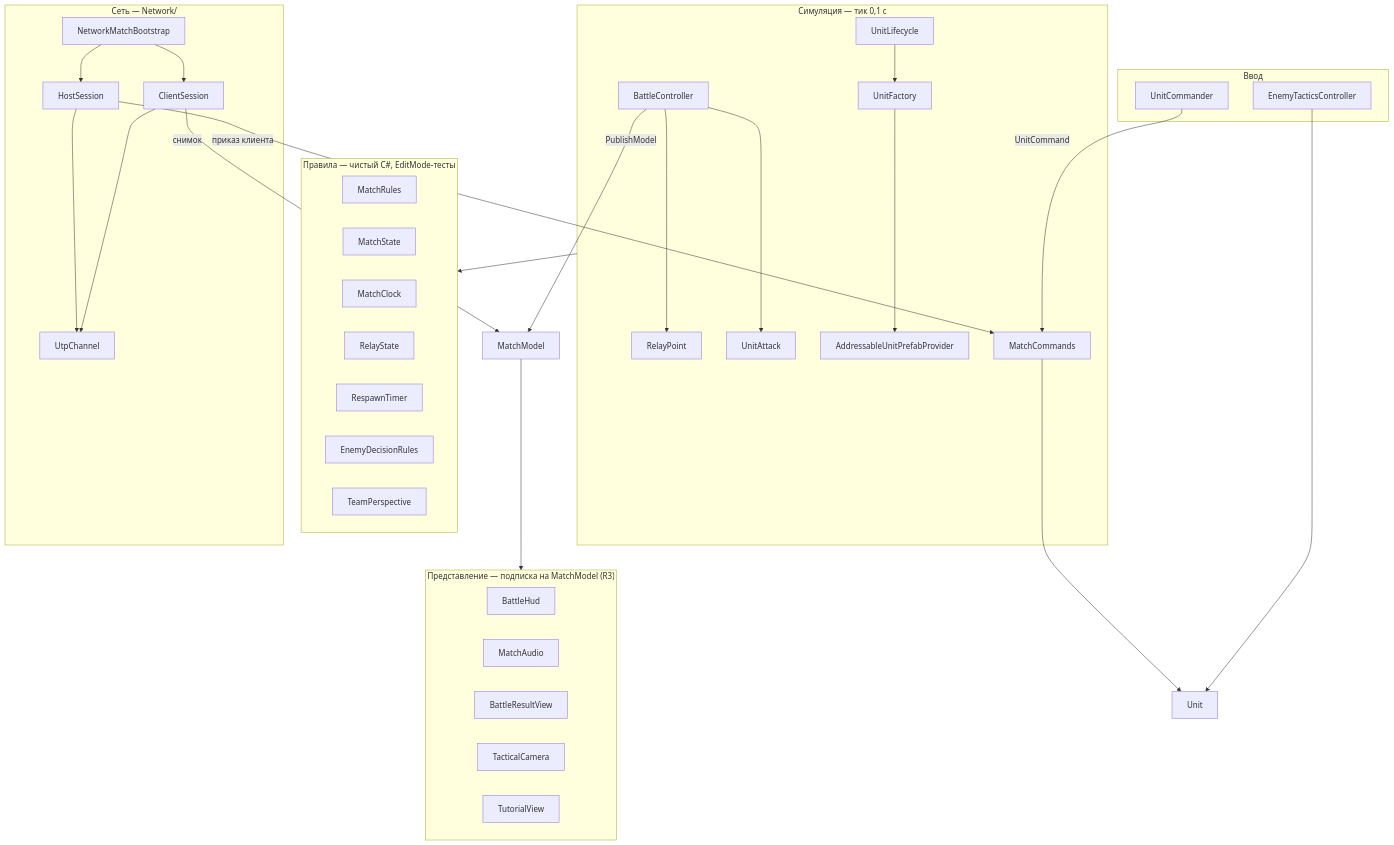
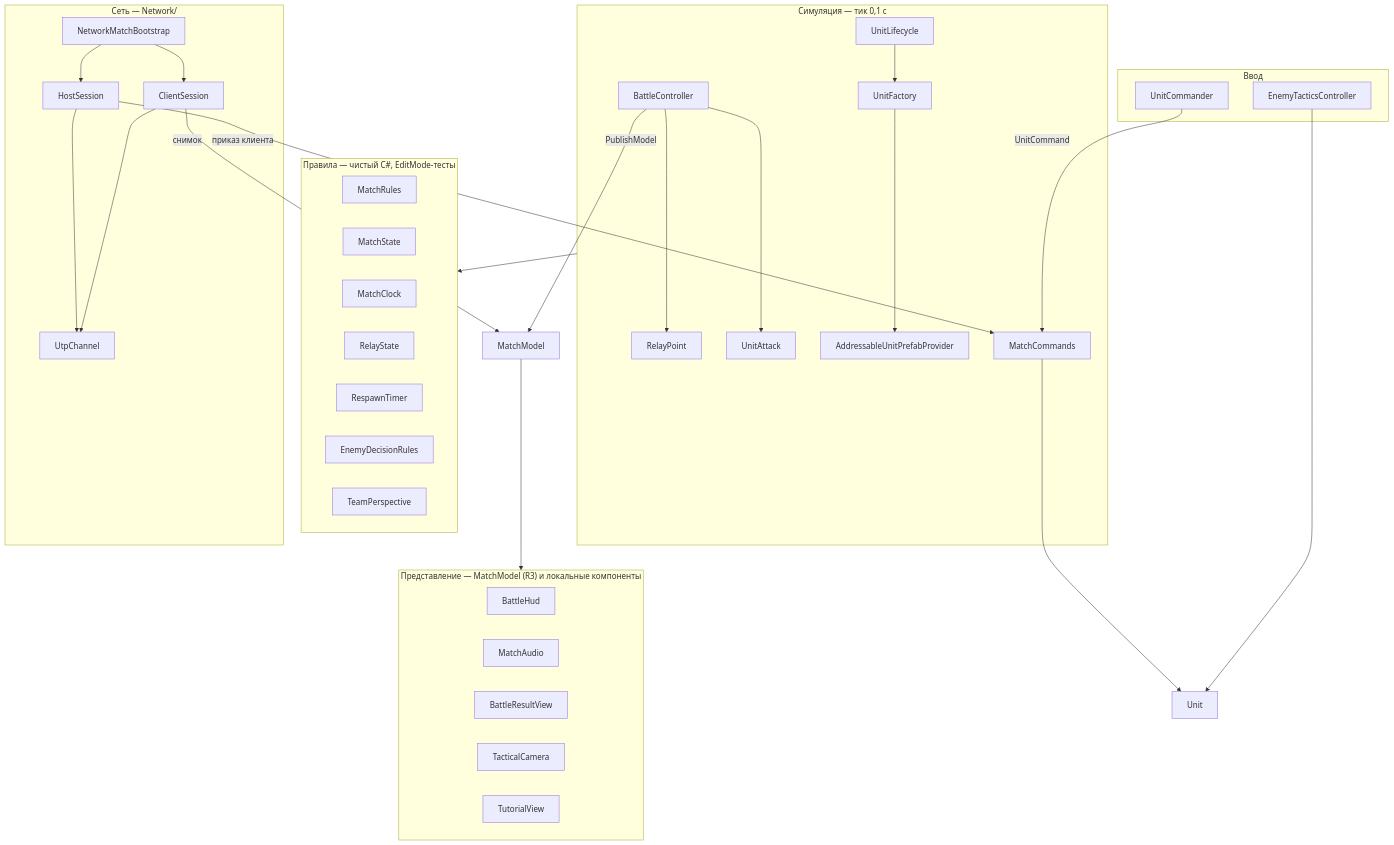
The first of 2 diagrams in docs/ARCHITECTURE.md (ZheleznovAG/SectorLab), drawn with Mermaid before and after one commit. The commit also changed other lines of this file and 14 other files, not shown here.

First line of the commit message:
docs: record architecture audit and client regressions

````diff
--- a/docs/ARCHITECTURE.md
+++ b/docs/ARCHITECTURE.md
@@ -8,28 +8,28 @@
 ```mermaid
 flowchart TB
     subgraph Rules["Правила — чистый C#, EditMode-тесты"]
         MatchRules & MatchState & MatchClock & RelayState & RespawnTimer & EnemyDecisionRules & TeamPerspective
     end
     subgraph Sim["Симуляция — тик 0,1 с"]
         BattleController --> RelayPoint
         BattleController --> UnitAttack
         UnitLifecycle --> UnitFactory --> AddressableUnitPrefabProvider
         MatchCommands
     end
-    subgraph View["Представление — подписка на MatchModel (R3)"]
+    subgraph View["Представление — MatchModel (R3) и локальные компоненты"]
         BattleHud & MatchAudio & BattleResultView & TacticalCamera & TutorialView
     end
     subgraph Input["Ввод"]
         UnitCommander
         EnemyTacticsController
     end
     subgraph Net["Сеть — Network/"]
         NetworkMatchBootstrap --> HostSession & ClientSession --> UtpChannel
     end
     Sim --> Rules
     BattleController -- PublishModel --> MatchModel --> View
     UnitCommander -- UnitCommand --> MatchCommands --> Unit
     EnemyTacticsController --> Unit
     HostSession -- приказ клиента --> MatchCommands
     ClientSession -- снимок --> MatchModel
 ```
````
